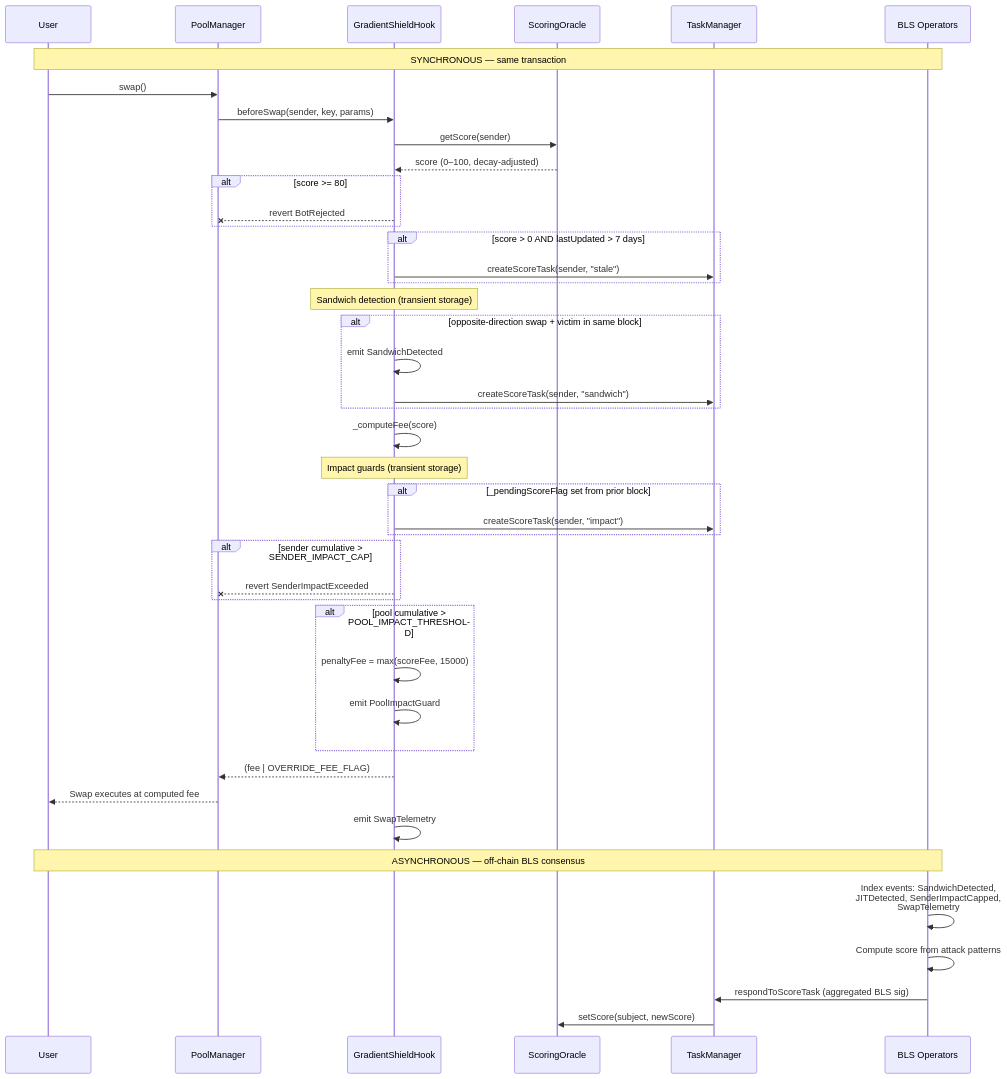
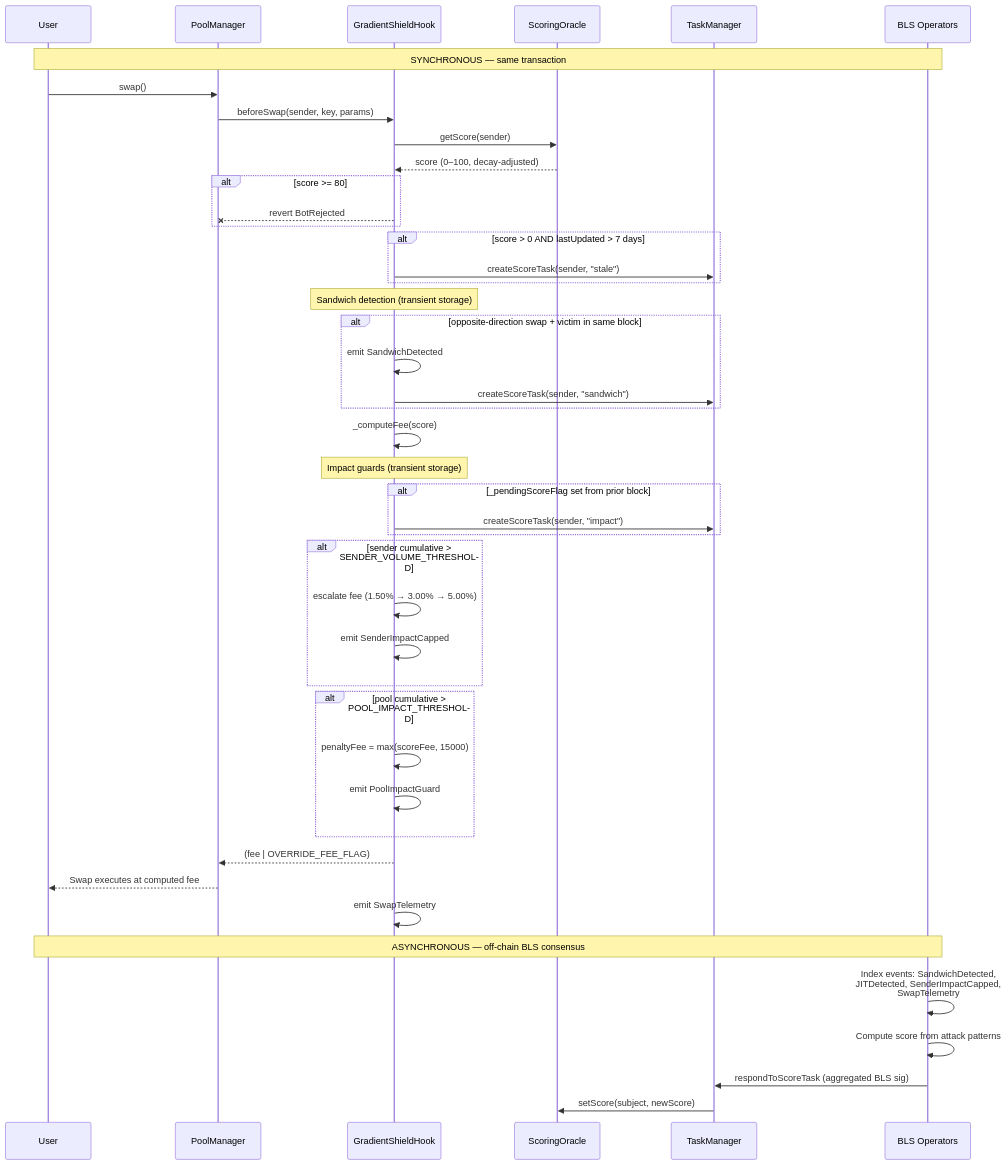
The second of 2 diagrams in README.md (sivajialla/gradient-shield), drawn with Mermaid before and after one commit. The commit also changed other lines of this file and 2 other files, not shown here.

First line of the commit message:
Replace sender impact hard cap with progressive penalty fees

````diff
--- a/README.md
+++ b/README.md
@@ -101,57 +101,58 @@
 ```mermaid
 sequenceDiagram
     participant User
     participant PM as PoolManager
     participant Hook as GradientShieldHook
     participant Oracle as ScoringOracle
     participant TM as TaskManager
     participant Ops as BLS Operators
 
     Note over User,Ops: SYNCHRONOUS — same transaction
 
     User->>PM: swap()
     PM->>Hook: beforeSwap(sender, key, params)
 
     Hook->>Oracle: getScore(sender)
     Oracle-->>Hook: score (0–100, decay-adjusted)
 
     alt score >= 80
         Hook--xPM: revert BotRejected
     end
 
     alt score > 0 AND lastUpdated > 7 days
         Hook->>TM: createScoreTask(sender, "stale")
     end
 
     Note over Hook: Sandwich detection (transient storage)
     alt opposite-direction swap + victim in same block
         Hook->>Hook: emit SandwichDetected
         Hook->>TM: createScoreTask(sender, "sandwich")
     end
 
     Hook->>Hook: _computeFee(score)
 
     Note over Hook: Impact guards (transient storage)
     alt _pendingScoreFlag set from prior block
         Hook->>TM: createScoreTask(sender, "impact")
     end
-    alt sender cumulative > SENDER_IMPACT_CAP
-        Hook--xPM: revert SenderImpactExceeded
+    alt sender cumulative > SENDER_VOLUME_THRESHOLD
+        Hook->>Hook: escalate fee (1.50% → 3.00% → 5.00%)
+        Hook->>Hook: emit SenderImpactCapped
     end
     alt pool cumulative > POOL_IMPACT_THRESHOLD
         Hook->>Hook: penaltyFee = max(scoreFee, 15000)
         Hook->>Hook: emit PoolImpactGuard
     end
 
     Hook-->>PM: (fee | OVERRIDE_FEE_FLAG)
     PM-->>User: Swap executes at computed fee
 
     Hook->>Hook: emit SwapTelemetry
 
     Note over User,Ops: ASYNCHRONOUS — off-chain BLS consensus
 
     Ops->>Ops: Index events: SandwichDetected,<br/>JITDetected, SenderImpactCapped,<br/>SwapTelemetry
     Ops->>Ops: Compute score from attack patterns
     Ops->>TM: respondToScoreTask (aggregated BLS sig)
     TM->>Oracle: setScore(subject, newScore)
 ```
````
